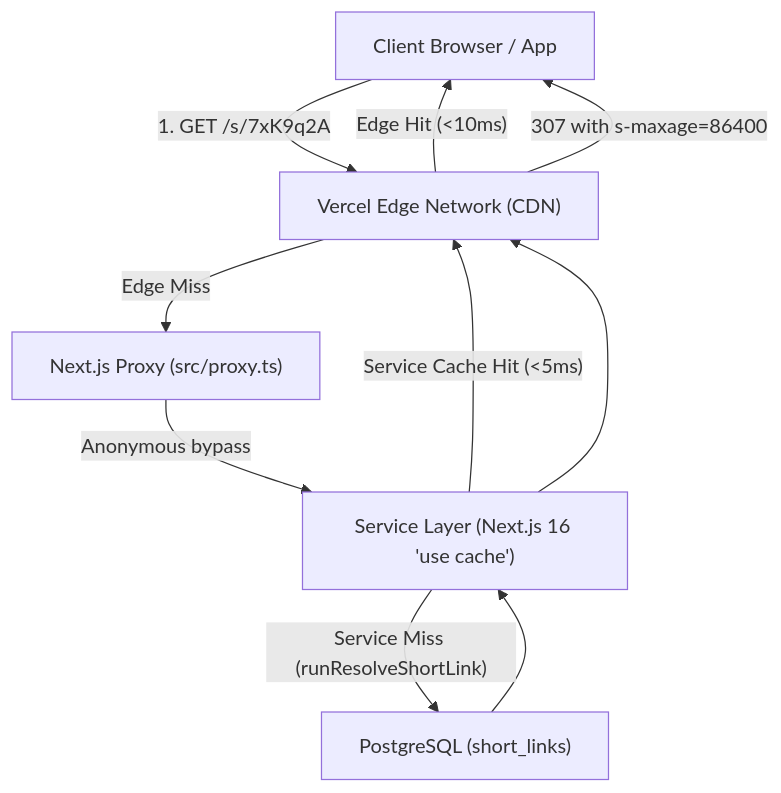
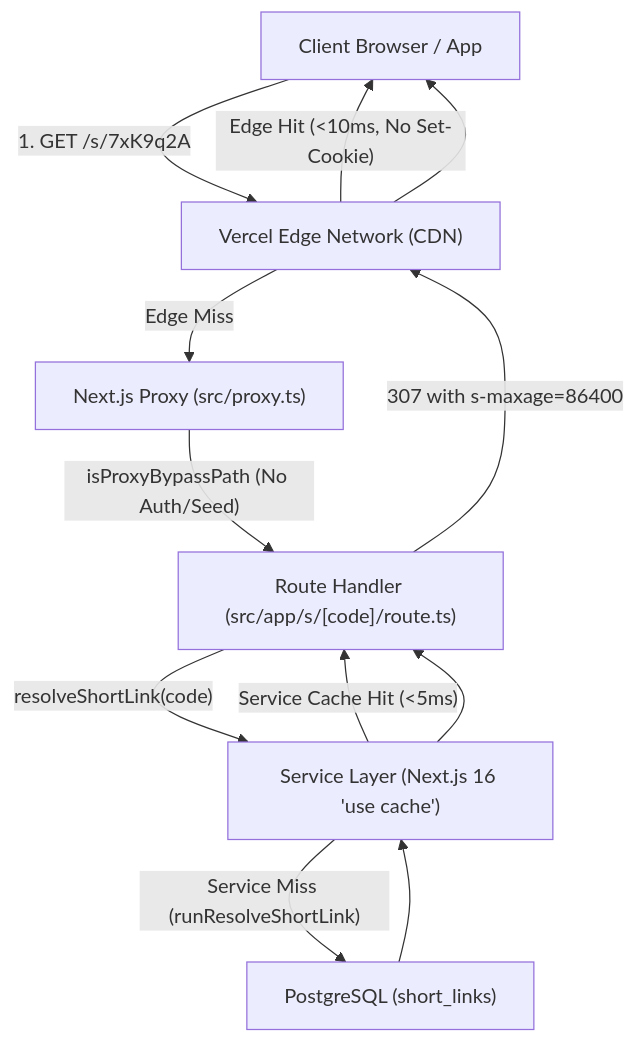
Before and after one commit to devopenspot/openspotleague: the diagram in .agents/specs/short-links/short-links.spec.md, drawn with Mermaid. The commit also changed other lines of this file and 1 other file, not shown here.

Commit message:
refactor: short links specs

````diff
--- a/.agents/specs/short-links/short-links.spec.md
+++ b/.agents/specs/short-links/short-links.spec.md
@@ -91,18 +127,21 @@
 ```mermaid
 flowchart TD
     Client["Client Browser / App"]
     Edge["Vercel Edge Network (CDN)"]
     Proxy["Next.js Proxy (src/proxy.ts)"]
+    RouteHandler["Route Handler (src/app/s/[code]/route.ts)"]
     Service["Service Layer (Next.js 16 'use cache')"]
     DB["PostgreSQL (short_links)"]
 
     Client -- "1. GET /s/7xK9q2A" --> Edge
-    Edge -- "Edge Hit (<10ms)" --> Client
+    Edge -- "Edge Hit (<10ms, No Set-Cookie)" --> Client
     Edge -- "Edge Miss" --> Proxy
-    Proxy -- "Anonymous bypass" --> Service
-    Service -- "Service Cache Hit (<5ms)" --> Edge
+    Proxy -- "isProxyBypassPath (No Auth/Seed)" --> RouteHandler
+    RouteHandler -- "resolveShortLink(code)" --> Service
+    Service -- "Service Cache Hit (<5ms)" --> RouteHandler
     Service -- "Service Miss (runResolveShortLink)" --> DB
     DB --> Service
-    Service --> Edge
-    Edge -- "307 with s-maxage=86400" --> Client
+    Service --> RouteHandler
+    RouteHandler -- "307 with s-maxage=86400" --> Edge
+    Edge --> Client
 ```
````
